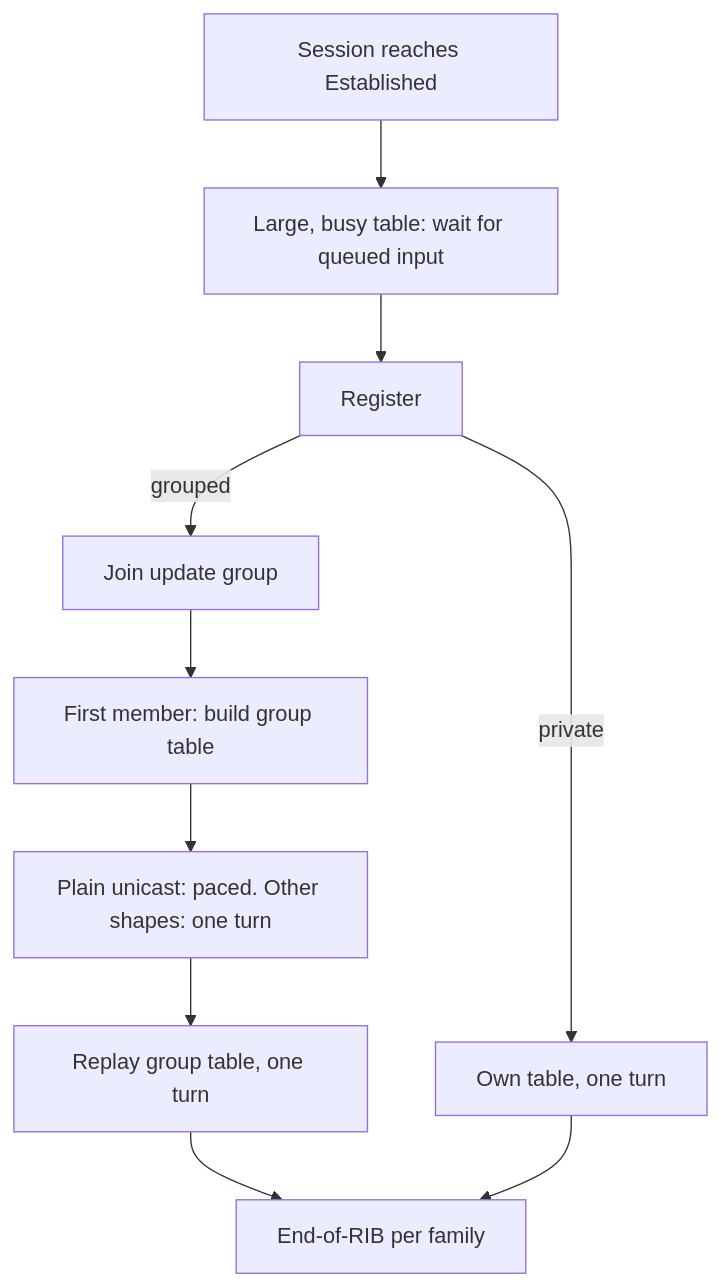
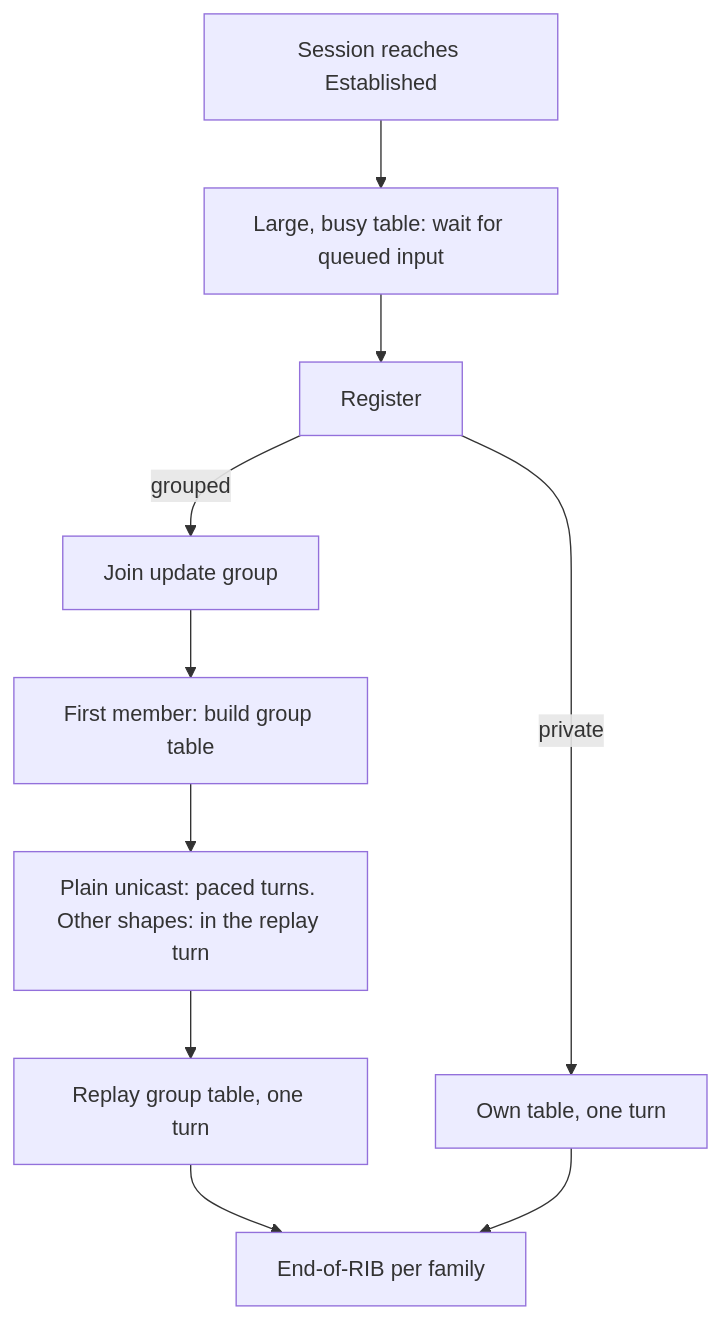
Before and after one commit to lance0/rustbgpd: the second of 4 diagrams in docs/reference/rib-lifecycle.md, drawn with Mermaid. The commit also changed other lines of this file and 1 other file, not shown here.

First line of the commit message:
docs(rib): separate paced from bounded turns in the lifecycle matrix

````diff
--- a/docs/reference/rib-lifecycle.md
+++ b/docs/reference/rib-lifecycle.md
@@ -172,12 +235,12 @@
 ```mermaid
 flowchart TD
     U["Session reaches Established"] --> W["Large, busy table: wait for queued input"]
     W --> J["Register"]
     J -->|"grouped"| E["Join update group"]
     J -->|"private"| V["Own table, one turn"]
     E --> F["First member: build group table"]
-    F --> N["Plain unicast: paced. Other shapes: one turn"]
+    F --> N["Plain unicast: paced turns. Other shapes: in the replay turn"]
     N --> T["Replay group table, one turn"]
     T --> X["End-of-RIB per family"]
     V --> X
 ```
````
